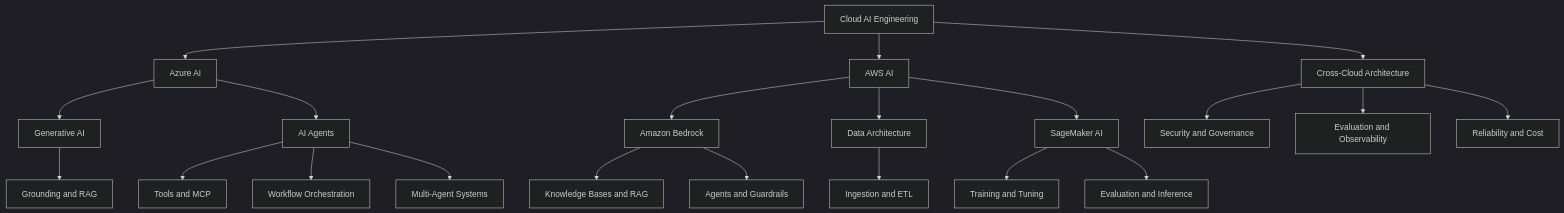
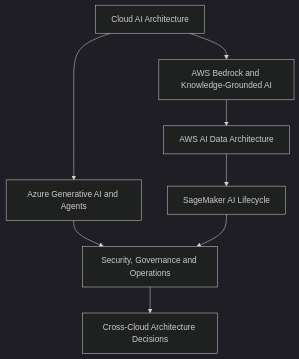
The diagram in docs/10-cloud-ai-engineering/index.md (MihirKJha/enterprise-ai-engineering-handbook), drawn with Mermaid (dark theme) before and after one commit. The commit also changed other lines of this file and 7 other files, not shown here.

````diff
--- a/docs/10-cloud-ai-engineering/index.md
+++ b/docs/10-cloud-ai-engineering/index.md
@@ -381,26 +70,10 @@
 ```mermaid
 flowchart TD
-    A[Cloud AI Engineering] --> B[Azure AI]
-    A --> C[AWS AI]
-    A --> D[Cross-Cloud Architecture]
-
-    B --> B1[Generative AI]
-    B --> B2[AI Agents]
-    B1 --> B3[Grounding and RAG]
-    B2 --> B4[Tools and MCP]
-    B2 --> B5[Workflow Orchestration]
-    B2 --> B6[Multi-Agent Systems]
-
-    C --> C1[Amazon Bedrock]
-    C --> C2[Data Architecture]
-    C --> C3[SageMaker AI]
-    C1 --> C4[Knowledge Bases and RAG]
-    C1 --> C5[Agents and Guardrails]
-    C2 --> C6[Ingestion and ETL]
-    C3 --> C7[Training and Tuning]
-    C3 --> C8[Evaluation and Inference]
-
-    D --> D1[Security and Governance]
-    D --> D2[Evaluation and Observability]
-    D --> D3[Reliability and Cost]
+    A["Cloud AI Architecture"] --> B["Azure Generative AI and Agents"]
+    A --> C["AWS Bedrock and Knowledge-Grounded AI"]
+    C --> D["AWS AI Data Architecture"]
+    D --> E["SageMaker AI Lifecycle"]
+    B --> F["Security, Governance and Operations"]
+    E --> F
+    F --> G["Cross-Cloud Architecture Decisions"]
 ```
````
